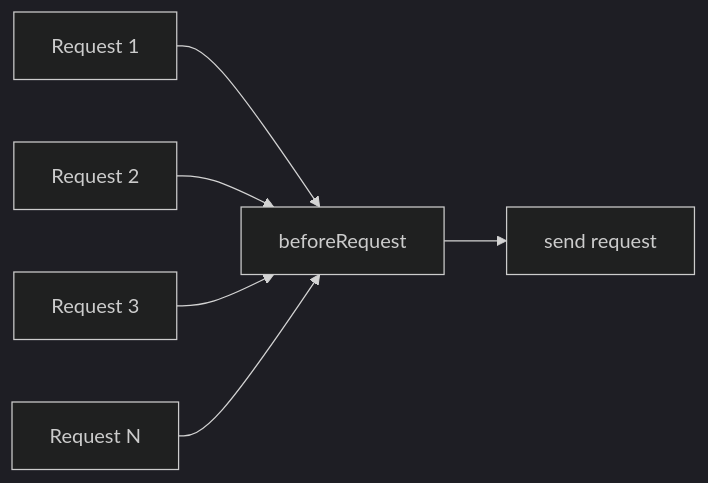
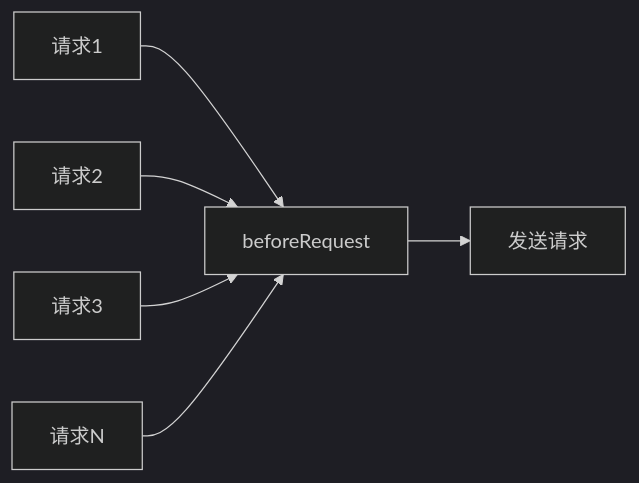
One commit to alovajs/alovajs.github.io changed the first of 2 diagrams in docs/tutorial/02-getting-started/05-global-interceptor.md. Above: the diagram before and after it, drawn with Mermaid (dark theme). The commit also changed other lines of this file and 246 other files, not shown here.

````diff
--- a/docs/tutorial/02-getting-started/05-global-interceptor.md
+++ b/docs/tutorial/02-getting-started/05-global-interceptor.md
@@ -13,8 +13,8 @@
 ```mermaid
 flowchart LR
-  R1[Request 1] --> beforeRequest
-  R2[Request 2] --> beforeRequest
-  R3[Request 3] --> beforeRequest
-  R4[Request N] --> beforeRequest
-  beforeRequest --> S1[send request]
+  R1[请求1] --> beforeRequest
+  R2[请求2] --> beforeRequest
+  R3[请求3] --> beforeRequest
+  RN[请求N] --> beforeRequest
+  beforeRequest --> S1[发送请求]
 ```
````
